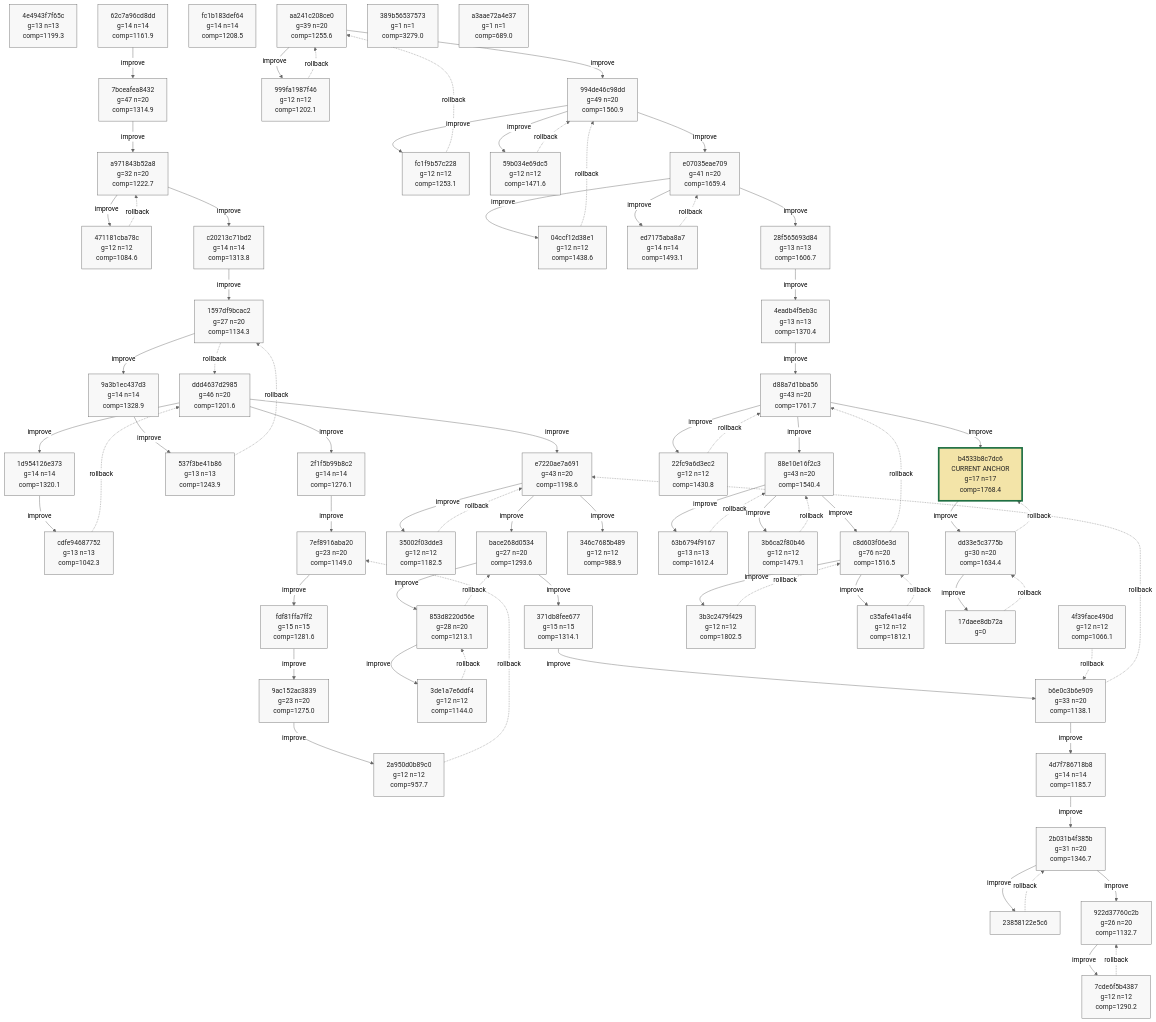
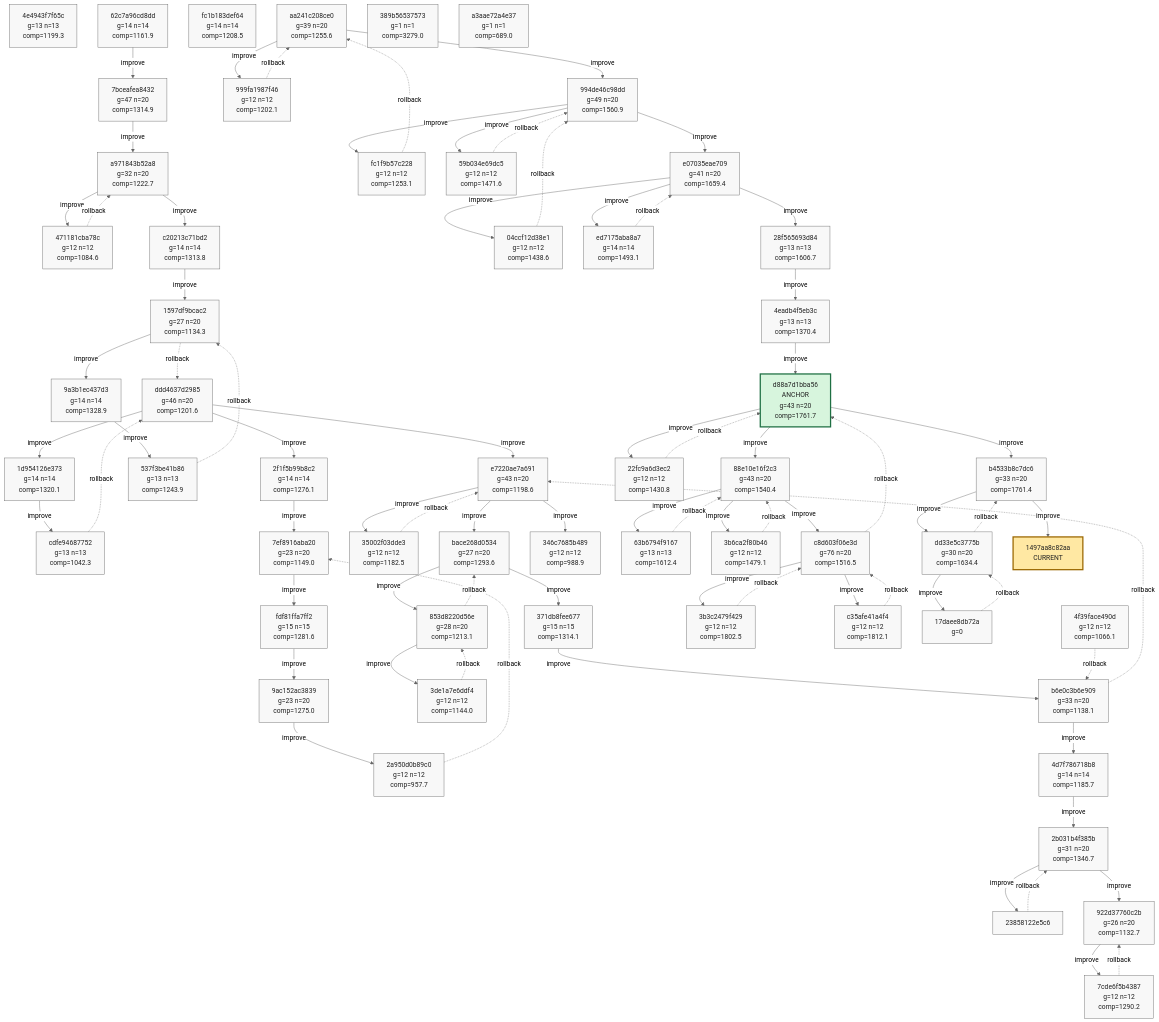
One commit to azumag/soviet_now changed the ninth of 9 diagrams in phyrogenetic-tree.md. Above: the diagram before and after it, drawn with Mermaid (neutral theme). The commit also changed other lines of this file and 2 other files, not shown here.

Commit message:
eloop Improve after 12 games (scores: 1129 1273 1933 2930 2335 2400 1920 2194 2700 1813 1879 2251)

````diff
--- a/phyrogenetic-tree.md
+++ b/phyrogenetic-tree.md
@@ -2282,7 +2283,7 @@
     h_ed7175aba8a7["ed7175aba8a7<br/>g=14 n=14<br/>comp=1493.1"]
     h_28f565693d84["28f565693d84<br/>g=13 n=13<br/>comp=1606.7"]
     h_4eadb4f5eb3c["4eadb4f5eb3c<br/>g=13 n=13<br/>comp=1370.4"]
-    h_d88a7d1bba56["d88a7d1bba56<br/>g=43 n=20<br/>comp=1761.7"]
+    h_d88a7d1bba56["d88a7d1bba56<br/>ANCHOR<br/>g=43 n=20<br/>comp=1761.7"]
     h_88e10e16f2c3["88e10e16f2c3<br/>g=43 n=20<br/>comp=1540.4"]
     h_63b6794f9167["63b6794f9167<br/>g=13 n=13<br/>comp=1612.4"]
     h_3b6ca2f80b46["3b6ca2f80b46<br/>g=12 n=12<br/>comp=1479.1"]
@@ -2290,11 +2291,12 @@
     h_3b3c2479f429["3b3c2479f429<br/>g=12 n=12<br/>comp=1802.5"]
     h_c35afe41a4f4["c35afe41a4f4<br/>g=12 n=12<br/>comp=1812.1"]
     h_22fc9a6d3ec2["22fc9a6d3ec2<br/>g=12 n=12<br/>comp=1430.8"]
-    h_b4533b8c7dc6["b4533b8c7dc6<br/>CURRENT ANCHOR<br/>g=17 n=17<br/>comp=1768.4"]
+    h_b4533b8c7dc6["b4533b8c7dc6<br/>g=33 n=20<br/>comp=1761.4"]
     h_dd33e5c3775b["dd33e5c3775b<br/>g=30 n=20<br/>comp=1634.4"]
     h_17daee8db72a["17daee8db72a<br/>g=0"]
     h_389b56537573["389b56537573<br/>g=1 n=1<br/>comp=3279.0"]
     h_a3aae72a4e37["a3aae72a4e37<br/>g=1 n=1<br/>comp=689.0"]
+    h_1497aa8c82aa["1497aa8c82aa<br/>CURRENT"]
 
     h_ddd4637d2985 -->|improve| h_1d954126e373
     h_1d954126e373 -->|improve| h_cdfe94687752
@@ -2368,6 +2370,7 @@
     h_dd33e5c3775b -->|improve| h_17daee8db72a
     h_17daee8db72a -. rollback .-> h_dd33e5c3775b
     h_dd33e5c3775b -. rollback .-> h_b4533b8c7dc6
+    h_b4533b8c7dc6 -->|improve| h_1497aa8c82aa
 
     classDef plain fill:#f8f8f8,stroke:#666,stroke-width:1px,color:#222;
     classDef current fill:#ffe8a3,stroke:#9a6700,stroke-width:3px,color:#222;
@@ -2416,7 +2419,7 @@
     class h_ed7175aba8a7 plain;
     class h_28f565693d84 plain;
     class h_4eadb4f5eb3c plain;
-    class h_d88a7d1bba56 plain;
+    class h_d88a7d1bba56 anchor;
     class h_88e10e16f2c3 plain;
     class h_63b6794f9167 plain;
     class h_3b6ca2f80b46 plain;
@@ -2424,9 +2427,10 @@
     class h_3b3c2479f429 plain;
     class h_c35afe41a4f4 plain;
     class h_22fc9a6d3ec2 plain;
-    class h_b4533b8c7dc6 current_anchor;
+    class h_b4533b8c7dc6 plain;
     class h_dd33e5c3775b plain;
     class h_17daee8db72a plain;
     class h_389b56537573 plain;
     class h_a3aae72a4e37 plain;
+    class h_1497aa8c82aa current;
 ```
````
